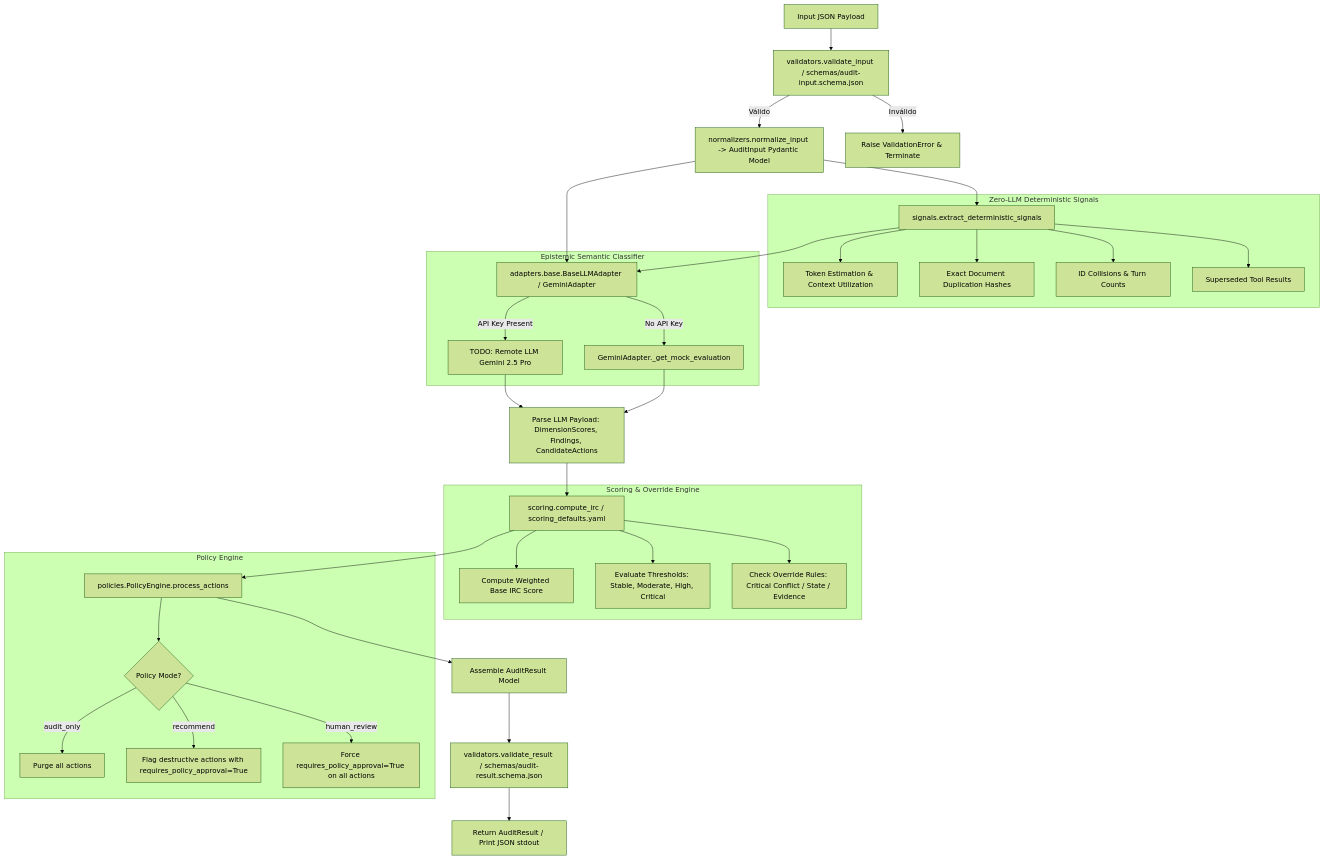
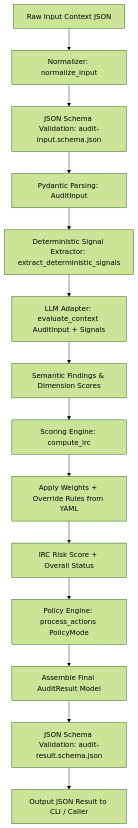
Before and after one commit to AlvaroAlejandroFinOps/ContextEntropy-Auditor: the diagram in 001_Seed/seed-context-entropy-auditor-master.md, drawn with Mermaid (forest theme). The commit also changed other lines of this file and 3 other files, not shown here.

````diff
--- a/001_Seed/seed-context-entropy-auditor-master.md
+++ b/001_Seed/seed-context-entropy-auditor-master.md
@@ -219,44 +178,16 @@
 ```mermaid
-flowchart TD
-    A[Input JSON Payload] --> B[validators.validate_input / schemas/audit-input.schema.json]
-    B -->|Válido| C[normalizers.normalize_input -> AuditInput Pydantic Model]
-    B -->|Inválido| ERR[Raise ValidationError & Terminate]
-    
-    C --> D[signals.extract_deterministic_signals]
-    subgraph Zero-LLM Deterministic Signals
-        D --> D1[Token Estimation & Context Utilization]
-        D --> D2[Exact Document Duplication Hashes]
-        D --> D3[ID Collisions & Turn Counts]
-        D --> D4[Superseded Tool Results]
-    end
-    
-    C --> E[adapters.base.BaseLLMAdapter / GeminiAdapter]
-    D --> E
-    
-    subgraph Epistemic Semantic Classifier
-        E -->|API Key Present| E1[TODO: Remote LLM Gemini 2.5 Pro]
-        E -->|No API Key| E2[GeminiAdapter._get_mock_evaluation]
-    end
-    
-    E1 --> F[Parse LLM Payload: DimensionScores, Findings, CandidateActions]
-    E2 --> F
-    
-    F --> G[scoring.compute_irc / scoring_defaults.yaml]
-    subgraph Scoring & Override Engine
-        G --> G1[Compute Weighted Base IRC Score]
-        G --> G2[Evaluate Thresholds: Stable, Moderate, High, Critical]
-        G --> G3[Check Override Rules: Critical Conflict / State / Evidence]
-    end
-    
-    G --> H[policies.PolicyEngine.process_actions]
-    subgraph Policy Engine
-        H --> H1{Policy Mode?}
-        H1 -->|audit_only| H2[Purge all actions]
-        H1 -->|recommend| H3[Flag destructive actions with requires_policy_approval=True]
-        H1 -->|human_review| H4[Force requires_policy_approval=True on all actions]
-    end
-    
-    H --> I[Assemble AuditResult Model]
-    I --> J[validators.validate_result / schemas/audit-result.schema.json]
-    J --> K[Return AuditResult / Print JSON stdout]
+graph TD
+    A[Raw Input Context JSON] --> B[Normalizer: normalize_input]
+    B --> C[JSON Schema Validation: audit-input.schema.json]
+    C --> D[Pydantic Parsing: AuditInput]
+    D --> E[Deterministic Signal Extractor: extract_deterministic_signals]
+    E --> F[LLM Adapter: evaluate_context AuditInput + Signals]
+    F --> G[Semantic Findings & Dimension Scores]
+    G --> H[Scoring Engine: compute_irc]
+    H --> I[Apply Weights + Override Rules from YAML]
+    I --> J[IRC Risk Score + Overall Status]
+    J --> K[Policy Engine: process_actions PolicyMode]
+    K --> L[Assemble Final AuditResult Model]
+    L --> M[JSON Schema Validation: audit-result.schema.json]
+    M --> N[Output JSON Result to CLI / Caller]
 ```
````
